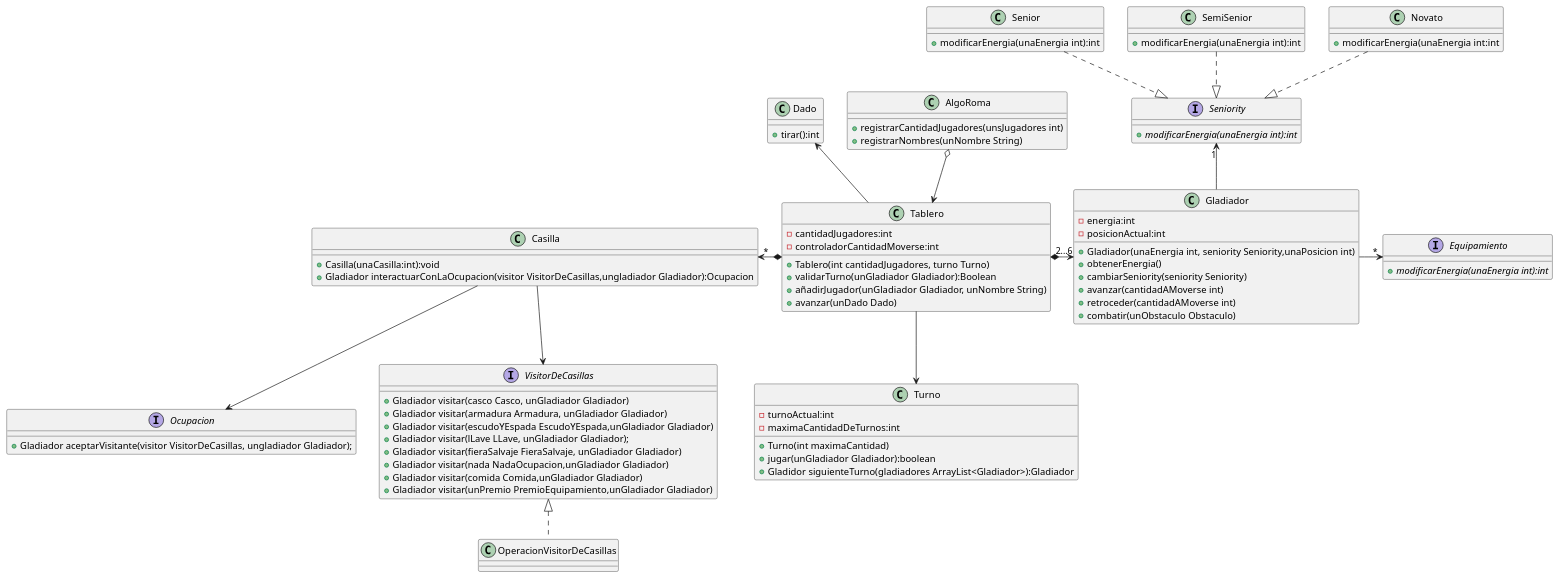
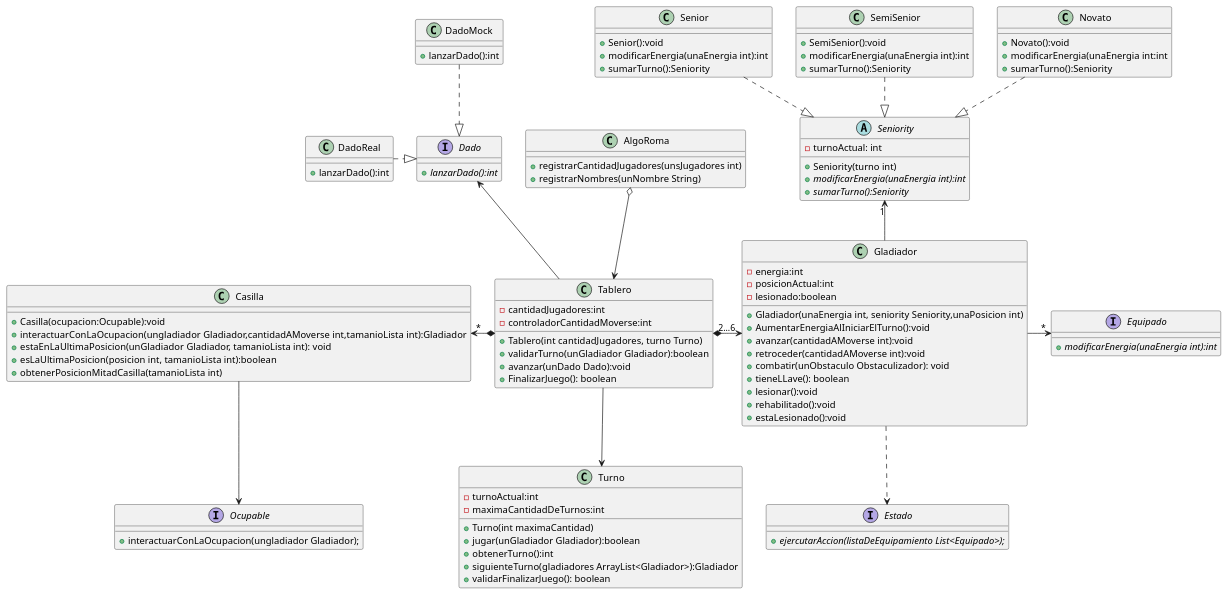
The diagram in diagrams/classes/Modelo_V1/MitadDelUml2De2.puml (GiaWong/Algo3_TP2_2C2023), drawn with PlantUML before and after one commit. The commit also changed 9 other files, not shown here.

Commit message:
Actualizo el uml

```diff
--- a/diagrams/classes/Modelo_V1/MitadDelUml2De2.puml
+++ b/diagrams/classes/Modelo_V1/MitadDelUml2De2.puml
@@ -1,113 +1,131 @@
 @startuml
 
 
 class   AlgoRoma{
     +registrarCantidadJugadores(unsJugadores int)
     +registrarNombres(unNombre String)
 }
 
 
 class Gladiador{
     -energia:int
     -posicionActual:int
+    -lesionado:boolean
     +Gladiador(unaEnergia int, seniority Seniority,unaPosicion int)
-    +obtenerEnergia()
-    +cambiarSeniority(seniority Seniority)
-    +avanzar(cantidadAMoverse int)
-    +retroceder(cantidadAMoverse int)
-    +combatir(unObstaculo Obstaculo)
+    +AumentarEnergiaAlIniciarElTurno():void
+    +avanzar(cantidadAMoverse int):void
+    +retroceder(cantidadAMoverse int):void
+    +combatir(unObstaculo Obstaculizador): void
+    +tieneLLave(): boolean
+    +lesionar():void
+    +rehabilitado():void
+    +estaLesionado():void
+}
+
+
+interface Estado{
+    {abstract}+ejercutarAccion(listaDeEquipamiento List<Equipado>);
 }
 
 
 class Tablero{
     -cantidadJugadores:int
     -controladorCantidadMoverse:int
     +Tablero(int cantidadJugadores, turno Turno)
-    +validarTurno(unGladiador Gladiador):Boolean
-    +añadirJugador(unGladiador Gladiador, unNombre String)
-    +avanzar(unDado Dado)
-}
-
-
-class Dado{
-    +tirar():int
-}
-
-interface  Seniority{
-    +{abstract}modificarEnergia(unaEnergia int):int
-
-}
-class Novato{
-    +modificarEnergia(unaEnergia int:int
-}
-class SemiSenior{
-    +modificarEnergia(unaEnergia int):int
-}
-class Senior{
-    +modificarEnergia(unaEnergia int):int
-}
-
-
-interface Equipamiento{
-    +{abstract}modificarEnergia(unaEnergia int):int
-}
-
-interface Ocupacion{
-     +Gladiador aceptarVisitante(visitor VisitorDeCasillas, ungladiador Gladiador);
-   }
-
-
-class Casilla{
-    +Casilla(unaCasilla:int):void
-    +Gladiador interactuarConLaOcupacion(visitor VisitorDeCasillas,ungladiador Gladiador):Ocupacion
-}
-
-interface VisitorDeCasillas{
-    +Gladiador visitar(casco Casco, unGladiador Gladiador)
-    +Gladiador visitar(armadura Armadura, unGladiador Gladiador)
-    +Gladiador visitar(escudoYEspada EscudoYEspada,unGladiador Gladiador)
-    +Gladiador visitar(lLave LLave, unGladiador Gladiador);
-    +Gladiador visitar(fieraSalvaje FieraSalvaje, unGladiador Gladiador)
-    +Gladiador visitar(nada NadaOcupacion,unGladiador Gladiador)
-    +Gladiador visitar(comida Comida,unGladiador Gladiador)
-    +Gladiador visitar(unPremio PremioEquipamiento,unGladiador Gladiador)
-}
-
-
-class OperacionVisitorDeCasillas{
-
+    +validarTurno(unGladiador Gladiador):boolean
+    +avanzar(unDado Dado):void
+    +FinalizarJuego(): boolean
 }
 
 class Turno {
     -turnoActual:int
     -maximaCantidadDeTurnos:int
     +Turno(int maximaCantidad)
     +jugar(unGladiador Gladiador):boolean
-    +Gladidor siguienteTurno(gladiadores ArrayList<Gladiador>):Gladiador
+    +obtenerTurno():int
+    +siguienteTurno(gladiadores ArrayList<Gladiador>):Gladiador
+    +validarFinalizarJuego(): boolean
     }
 
+
+class Casilla{
+    +Casilla(ocupacion:Ocupable):void
+    +interactuarConLaOcupacion(ungladiador Gladiador,cantidadAMoverse int,tamanioLista int):Gladiador
+    +estaEnLaUltimaPosicion(unGladiador Gladiador, tamanioLista int): void
+    +esLaUltimaPosicion(posicion int, tamanioLista int):boolean
+    +obtenerPosicionMitadCasilla(tamanioLista int)
+}
+
+
+interface Dado{
+    +{abstract}lanzarDado():int
+}
+
+class DadoMock{
+    +lanzarDado():int
+}
+
+class DadoReal{
+    +lanzarDado():int
+}
+
+abstract class Seniority{
+    -turnoActual: int
+    +Seniority(turno int)
+    +{abstract}modificarEnergia(unaEnergia int):int
+    +{abstract}sumarTurno():Seniority
+}
+class Novato{
+    +Novato():void
+    +modificarEnergia(unaEnergia int:int
+    +sumarTurno():Seniority
+}
+class SemiSenior{
+    +SemiSenior():void
+    +modificarEnergia(unaEnergia int):int
+    +sumarTurno():Seniority
+}
+
+class Senior{
+    +Senior():void
+    +modificarEnergia(unaEnergia int):int
+    +sumarTurno():Seniority
+}
+
+interface Equipado{
+    +{abstract}modificarEnergia(unaEnergia int):int
+}
+
+interface Ocupable{
+     +interactuarConLaOcupacion(ungladiador Gladiador);
+   }
+
+
+
+
+AlgoRoma o--> Tablero
 
 
 Tablero *-left->"*"Casilla
 Tablero *-right->"2...6 "Gladiador
-AlgoRoma o--> Tablero
 Tablero -up-> Dado
 Tablero --> Turno
 
 
-Casilla -->VisitorDeCasillas
-Casilla --> Ocupacion
+    Casilla --> Ocupable
 
 
+Dado <|.up. DadoMock
+Dado <|.left. DadoReal
 
 
 Seniority <|.up. Novato
 Seniority <|.up. SemiSenior
 Seniority <|.up. Senior
 
-Gladiador -> "*"Equipamiento
+Gladiador ..> Estado
+Gladiador -> "*"Equipado
 Gladiador -up-> "1"Seniority
 
-VisitorDeCasillas<|.. OperacionVisitorDeCasillas
 
 @enduml
```
